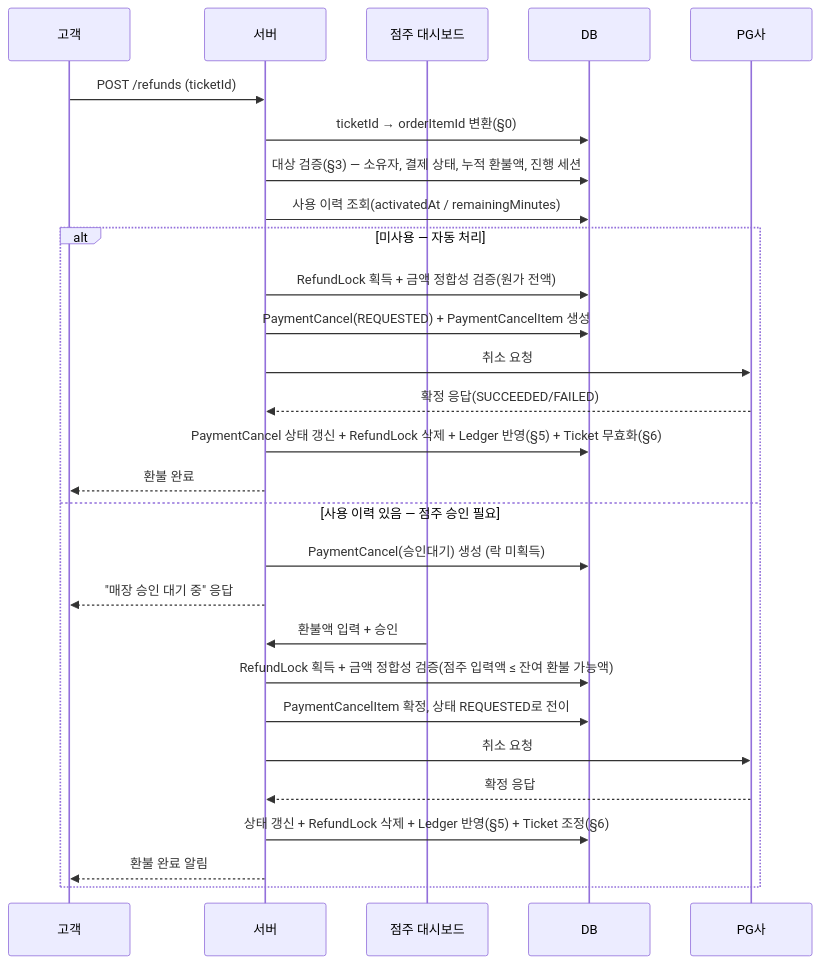
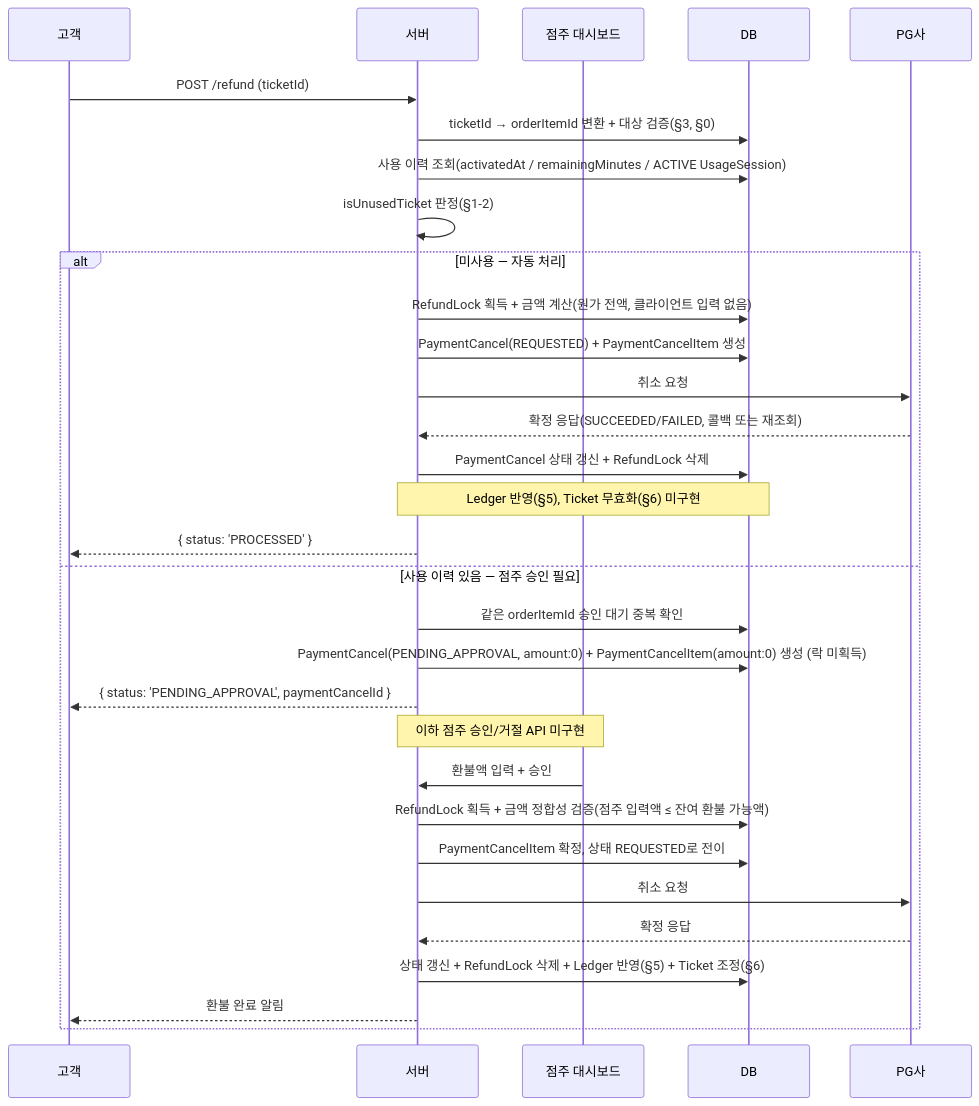
Before and after one commit to codeoz-practice/my-kiosk: the third of 3 diagrams in docs/architecture/환불_프로세스.md, drawn with Mermaid. The commit also changed other lines of this file and 53 other files, not shown here.

````diff
--- a/docs/architecture/환불_프로세스.md
+++ b/docs/architecture/환불_프로세스.md
@@ -274,32 +346,35 @@
 ```mermaid
 sequenceDiagram
     participant C as 고객
     participant S as 서버
     participant O as 점주 대시보드
     participant DB as DB
     participant PG as PG사
 
-    C->>S: POST /refunds (ticketId)
-    S->>DB: ticketId → orderItemId 변환(§0)
-    S->>DB: 대상 검증(§3) — 소유자, 결제 상태, 누적 환불액, 진행 세션
-    S->>DB: 사용 이력 조회(activatedAt / remainingMinutes)
+    C->>S: POST /refund (ticketId)
+    S->>DB: ticketId → orderItemId 변환 + 대상 검증(§3, §0)
+    S->>DB: 사용 이력 조회(activatedAt / remainingMinutes / ACTIVE UsageSession)
+    S->>S: isUnusedTicket 판정(§1-2)
 
     alt 미사용 — 자동 처리
-        S->>DB: RefundLock 획득 + 금액 정합성 검증(원가 전액)
+        S->>DB: RefundLock 획득 + 금액 계산(원가 전액, 클라이언트 입력 없음)
         S->>DB: PaymentCancel(REQUESTED) + PaymentCancelItem 생성
         S->>PG: 취소 요청
-        PG-->>S: 확정 응답(SUCCEEDED/FAILED)
-        S->>DB: PaymentCancel 상태 갱신 + RefundLock 삭제 + Ledger 반영(§5) + Ticket 무효화(§6)
-        S-->>C: 환불 완료
+        PG-->>S: 확정 응답(SUCCEEDED/FAILED, 콜백 또는 재조회)
+        S->>DB: PaymentCancel 상태 갱신 + RefundLock 삭제
+        Note over S,DB: Ledger 반영(§5), Ticket 무효화(§6) 미구현
+        S-->>C: { status: 'PROCESSED' }
     else 사용 이력 있음 — 점주 승인 필요
-        S->>DB: PaymentCancel(승인대기) 생성 (락 미획득)
-        S-->>C: "매장 승인 대기 중" 응답
+        S->>DB: 같은 orderItemId 승인 대기 중복 확인
+        S->>DB: PaymentCancel(PENDING_APPROVAL, amount:0) + PaymentCancelItem(amount:0) 생성 (락 미획득)
+        S-->>C: { status: 'PENDING_APPROVAL', paymentCancelId }
+        Note over O,S: 이하 점주 승인/거절 API 미구현
         O->>S: 환불액 입력 + 승인
         S->>DB: RefundLock 획득 + 금액 정합성 검증(점주 입력액 ≤ 잔여 환불 가능액)
         S->>DB: PaymentCancelItem 확정, 상태 REQUESTED로 전이
         S->>PG: 취소 요청
         PG-->>S: 확정 응답
         S->>DB: 상태 갱신 + RefundLock 삭제 + Ledger 반영(§5) + Ticket 조정(§6)
         S-->>C: 환불 완료 알림
     end
 ```
````
